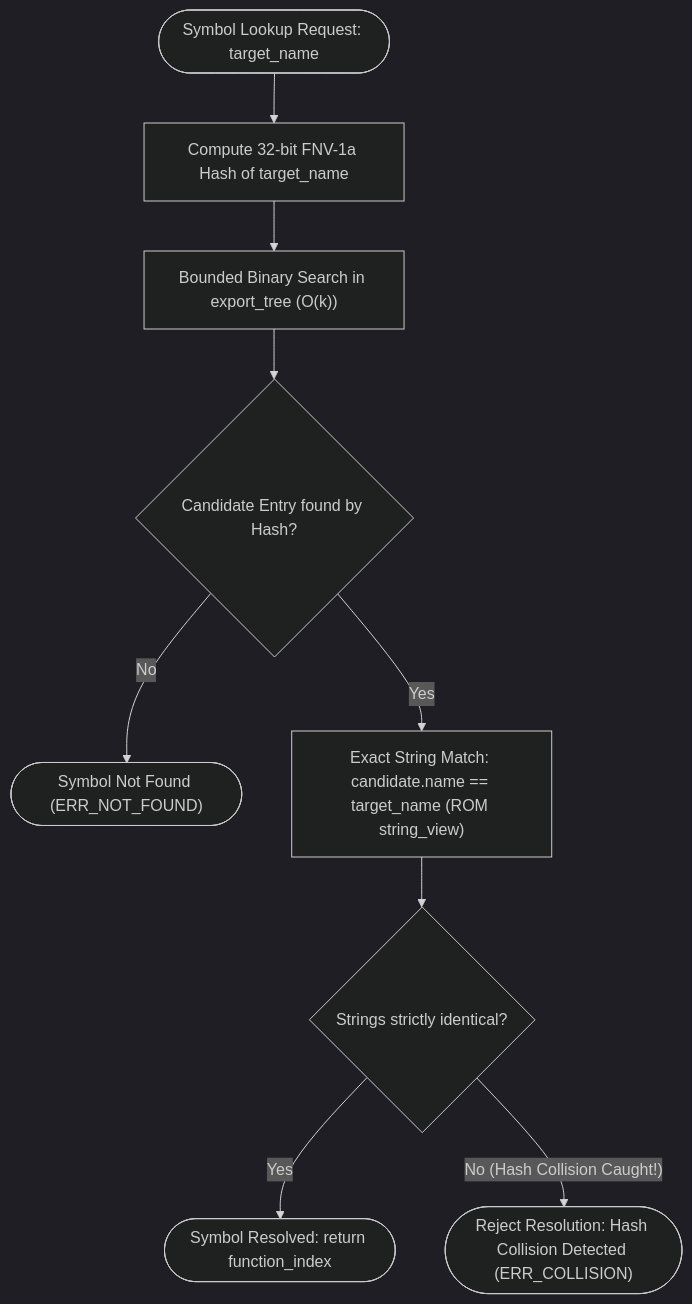
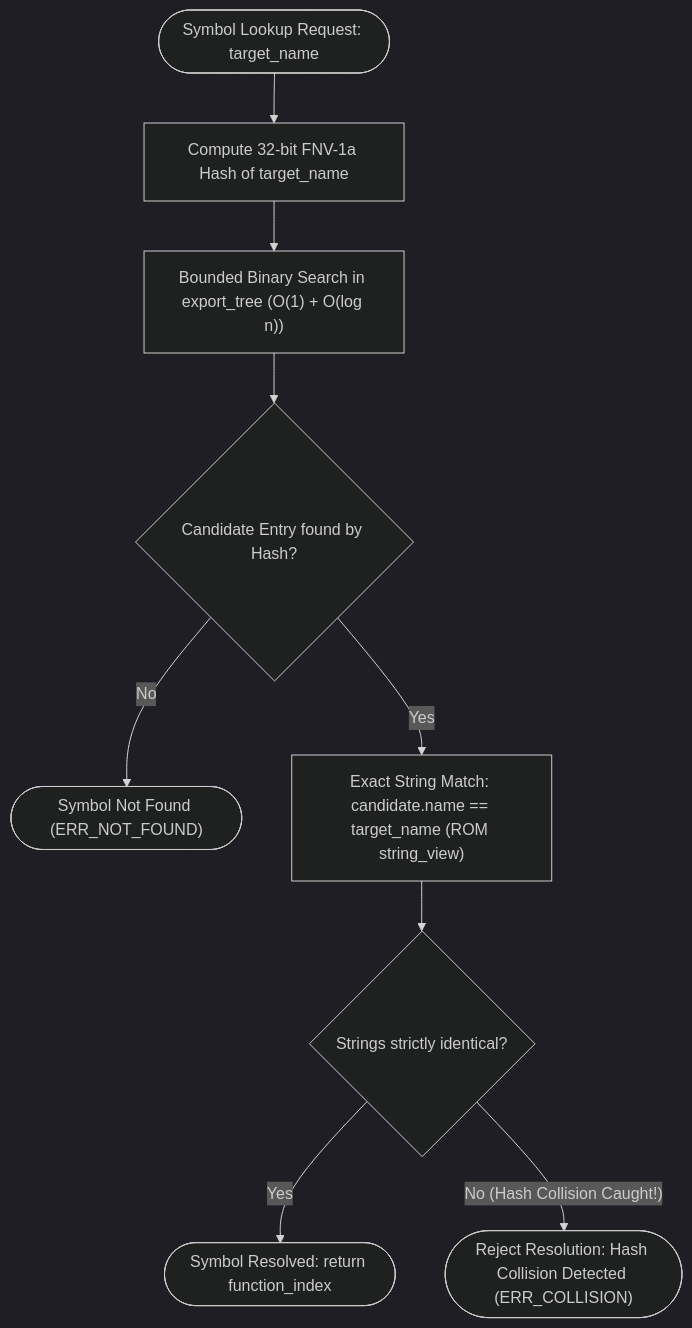
The third of 5 diagrams in docs/components/tier2_runtime/runtime_loader.md (kmt-t/fireball), drawn with Mermaid (dark theme) before and after one commit. The commit also changed other lines of this file and 12 other files, not shown here.

````diff
--- a/docs/components/tier2_runtime/runtime_loader.md
+++ b/docs/components/tier2_runtime/runtime_loader.md
@@ -177,13 +177,13 @@
 ```mermaid
 flowchart TD
     Start(["Symbol Lookup Request: target_name"]) --> Hash["Compute 32-bit FNV-1a Hash of target_name"]
-    Hash --> BSearch["Bounded Binary Search in export_tree (O(k))"]
+    Hash --> BSearch["Bounded Binary Search in export_tree (O(1) + O(log n))"]
     BSearch --> Found{"Candidate Entry found by Hash?"}
 
     Found -- "No" --> NotFound(["Symbol Not Found (ERR_NOT_FOUND)"])
     Found -- "Yes" --> Compare["Exact String Match: candidate.name == target_name (ROM string_view)"]
     Compare --> Match{"Strings strictly identical?"}
 
     Match -- "Yes" --> Resolve(["Symbol Resolved: return function_index"])
     Match -- "No (Hash Collision Caught!)" --> RejectCollision(["Reject Resolution: Hash Collision Detected (ERR_COLLISION)"])
 ```
````
